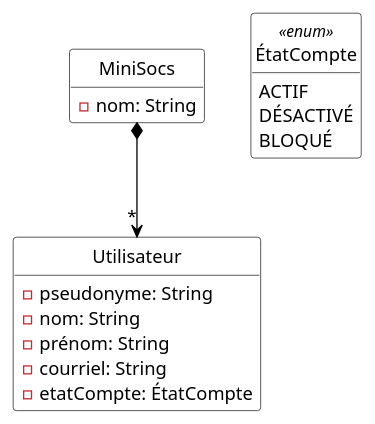
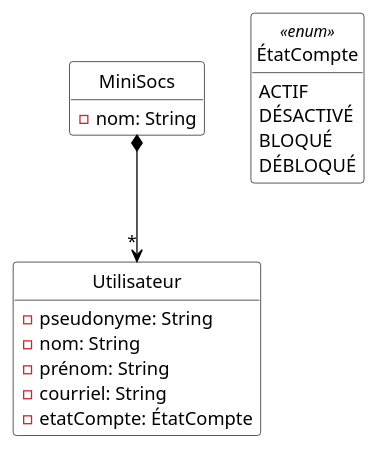
The diagram in Diagrammes/minisocs_uml_diag_classes_sans_notif.pu (lukalafaye/MiniSocs), drawn with PlantUML before and after one commit. The commit also changed 6 other files, not shown here.

```diff
--- a/Diagrammes/minisocs_uml_diag_classes_sans_notif.pu
+++ b/Diagrammes/minisocs_uml_diag_classes_sans_notif.pu
@@ -1,36 +1,37 @@
 @startuml
 
 'Diagramme de classes (PlantUML)'
 
 'Configuration charte graphique'
 hide empty methods
 hide circle
 skinparam class {
   BackgroundColor White
   ArrowColor Black
   BorderColor Black
 }
 
 'Classes, énumérations, etc.'
 class MiniSocs {
   - nom: String
 }
 class Utilisateur {
   - pseudonyme: String
   - nom: String
   - prénom: String
   - courriel: String
   - etatCompte: ÉtatCompte
 }
 enum ÉtatCompte <<enum>> {
   ACTIF
   DÉSACTIVÉ
   BLOQUÉ
+  DÉBLOQUÉ
 }
 
 'Associations, etc.'
 MiniSocs *--> "*" Utilisateur
 
 'Au besoin, aides pour le positionnement'
 
 @enduml
```
